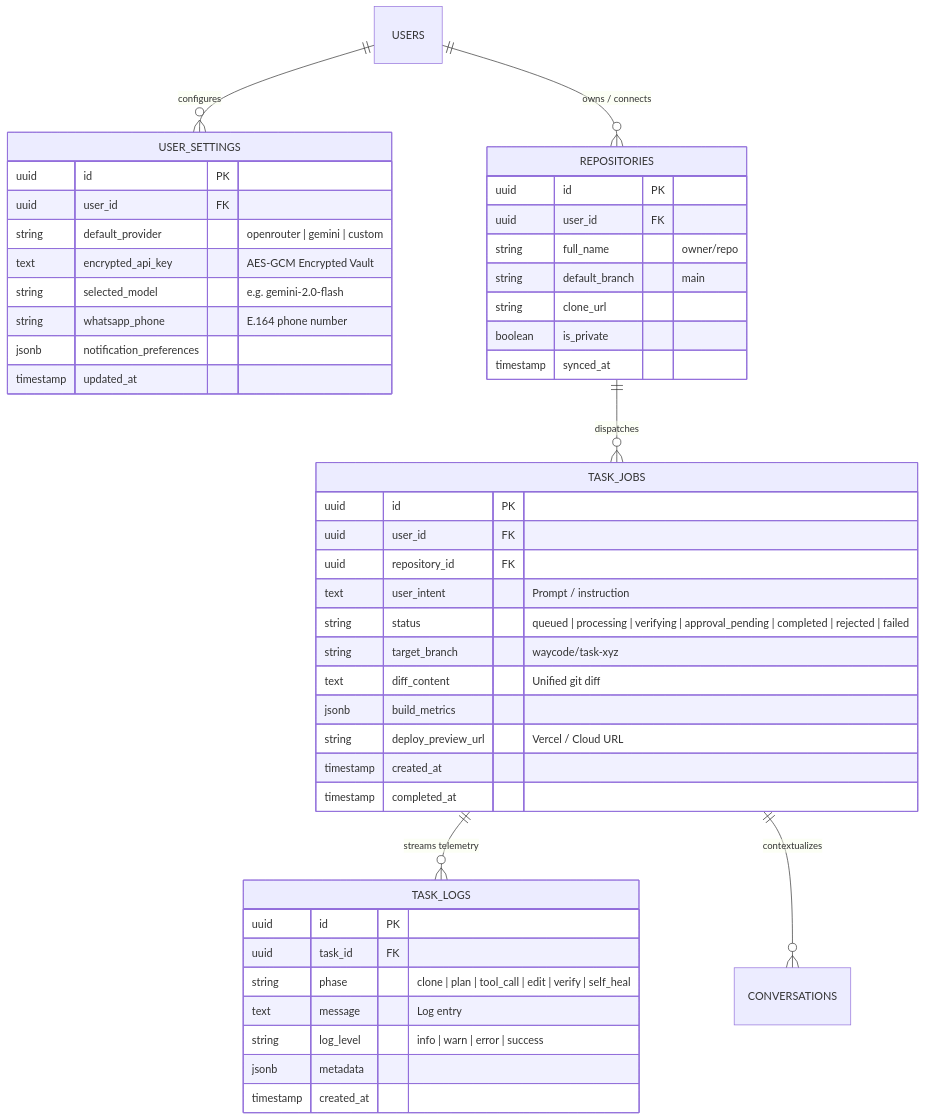
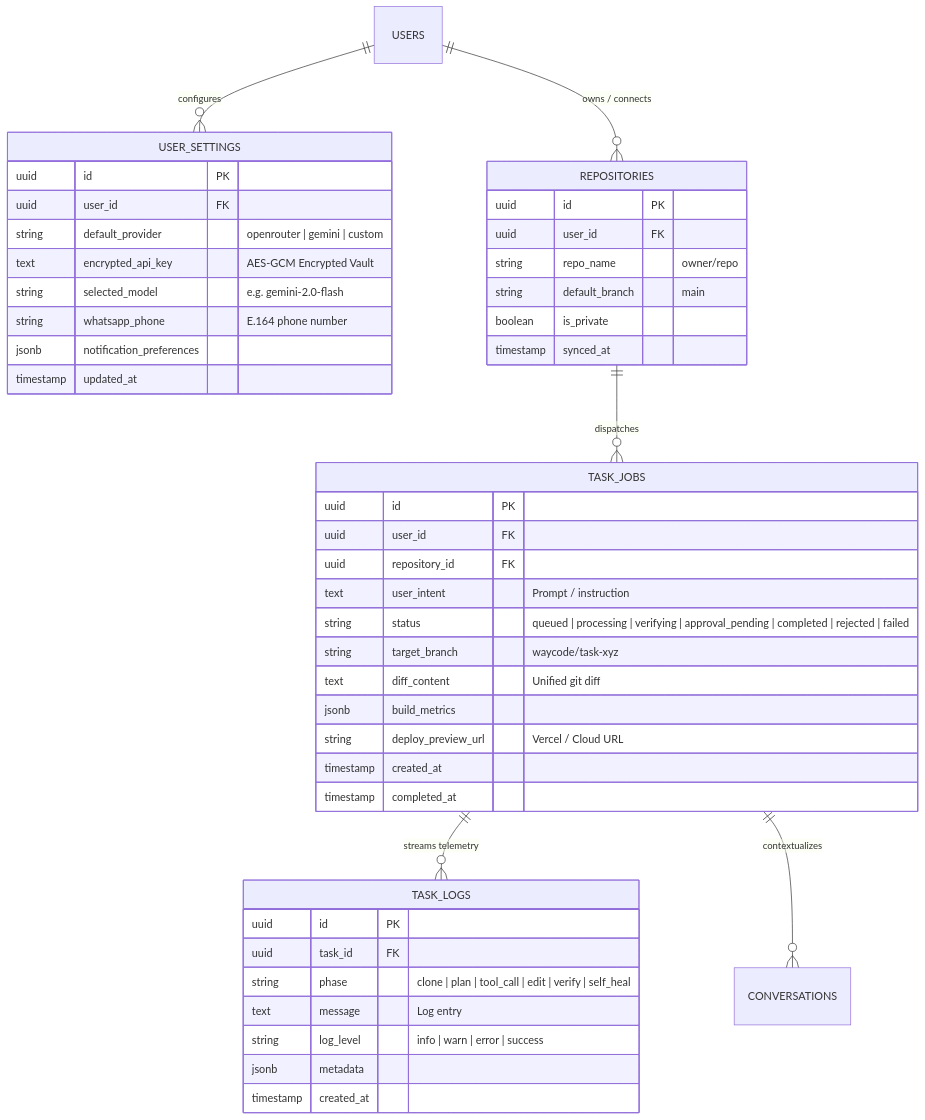
One commit to Aswinsaipalakonda/WayCode changed the diagram in README.md. Above: the diagram before and after it, drawn with Mermaid. The commit also changed other lines of this file, not shown here.

````diff
--- a/README.md
+++ b/README.md
@@ -57,53 +58,52 @@
 ```mermaid
 erDiagram
     USERS ||--o{ USER_SETTINGS : "configures"
     USERS ||--o{ REPOSITORIES : "owns / connects"
     REPOSITORIES ||--o{ TASK_JOBS : "dispatches"
     TASK_JOBS ||--o{ TASK_LOGS : "streams telemetry"
     TASK_JOBS ||--o{ CONVERSATIONS : "contextualizes"
 
     USER_SETTINGS {
         uuid id PK
         uuid user_id FK
         string default_provider "openrouter | gemini | custom"
         text encrypted_api_key "AES-GCM Encrypted Vault"
         string selected_model "e.g. gemini-2.0-flash"
         string whatsapp_phone "E.164 phone number"
         jsonb notification_preferences
         timestamp updated_at
     }
 
     REPOSITORIES {
         uuid id PK
         uuid user_id FK
-        string full_name "owner/repo"
+        string repo_name "owner/repo"
         string default_branch "main"
-        string clone_url
         boolean is_private
         timestamp synced_at
     }
 
     TASK_JOBS {
         uuid id PK
         uuid user_id FK
         uuid repository_id FK
         text user_intent "Prompt / instruction"
         string status "queued | processing | verifying | approval_pending | completed | rejected | failed"
         string target_branch "waycode/task-xyz"
         text diff_content "Unified git diff"
         jsonb build_metrics
         string deploy_preview_url "Vercel / Cloud URL"
         timestamp created_at
         timestamp completed_at
     }
 
     TASK_LOGS {
         uuid id PK
         uuid task_id FK
         string phase "clone | plan | tool_call | edit | verify | self_heal"
         text message "Log entry"
         string log_level "info | warn | error | success"
         jsonb metadata
         timestamp created_at
     }
 ```
````
